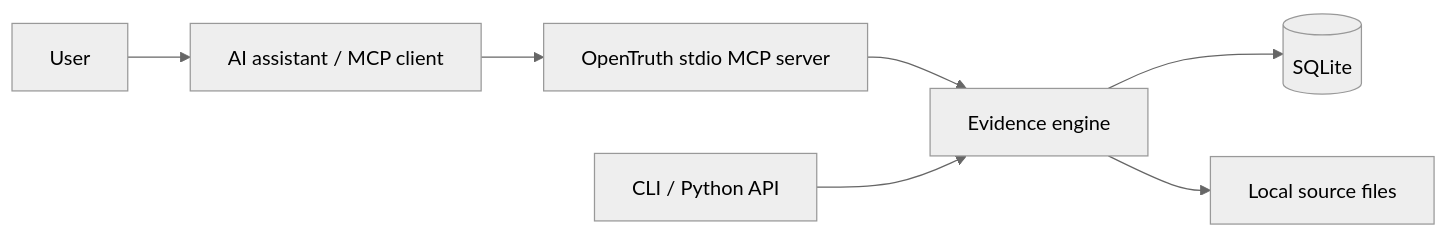
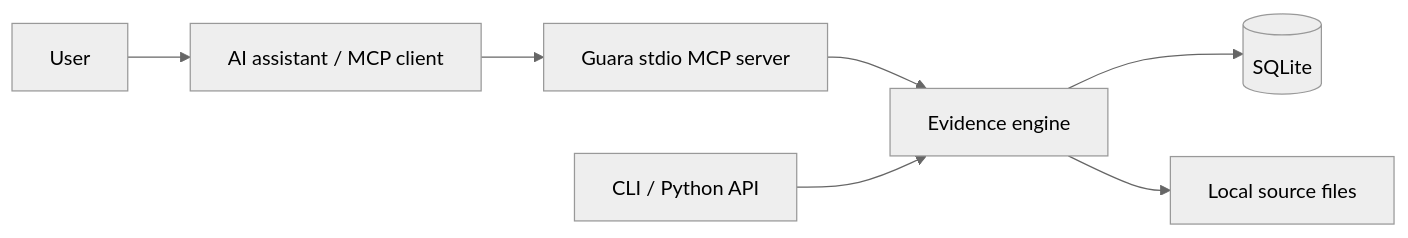
One commit to fredsevmartins/Guara changed the diagram in README.md. Above: the diagram before and after it, drawn with Mermaid (neutral theme). The commit also changed other lines of this file and 33 other files, not shown here.

````diff
--- a/README.md
+++ b/README.md
@@ -34,9 +42,9 @@
 ```mermaid
 flowchart LR
     User --> Client[AI assistant / MCP client]
-    Client --> MCP[OpenTruth stdio MCP server]
+    Client --> MCP[Guara stdio MCP server]
     MCP --> Core[Evidence engine]
     CLI[CLI / Python API] --> Core
     Core --> DB[(SQLite)]
     Core --> Files[Local source files]
 ```
````
